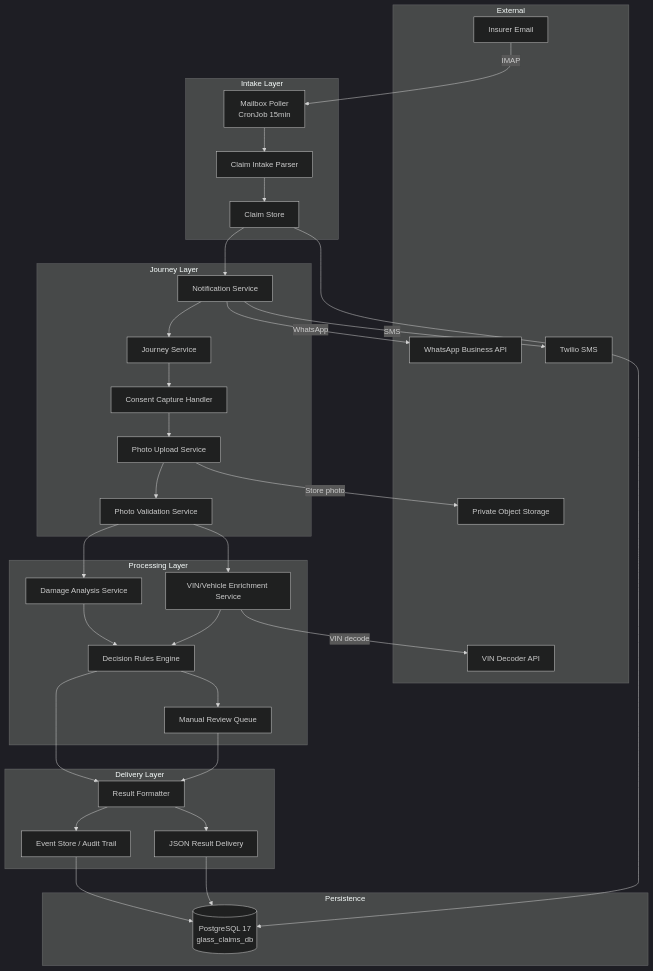
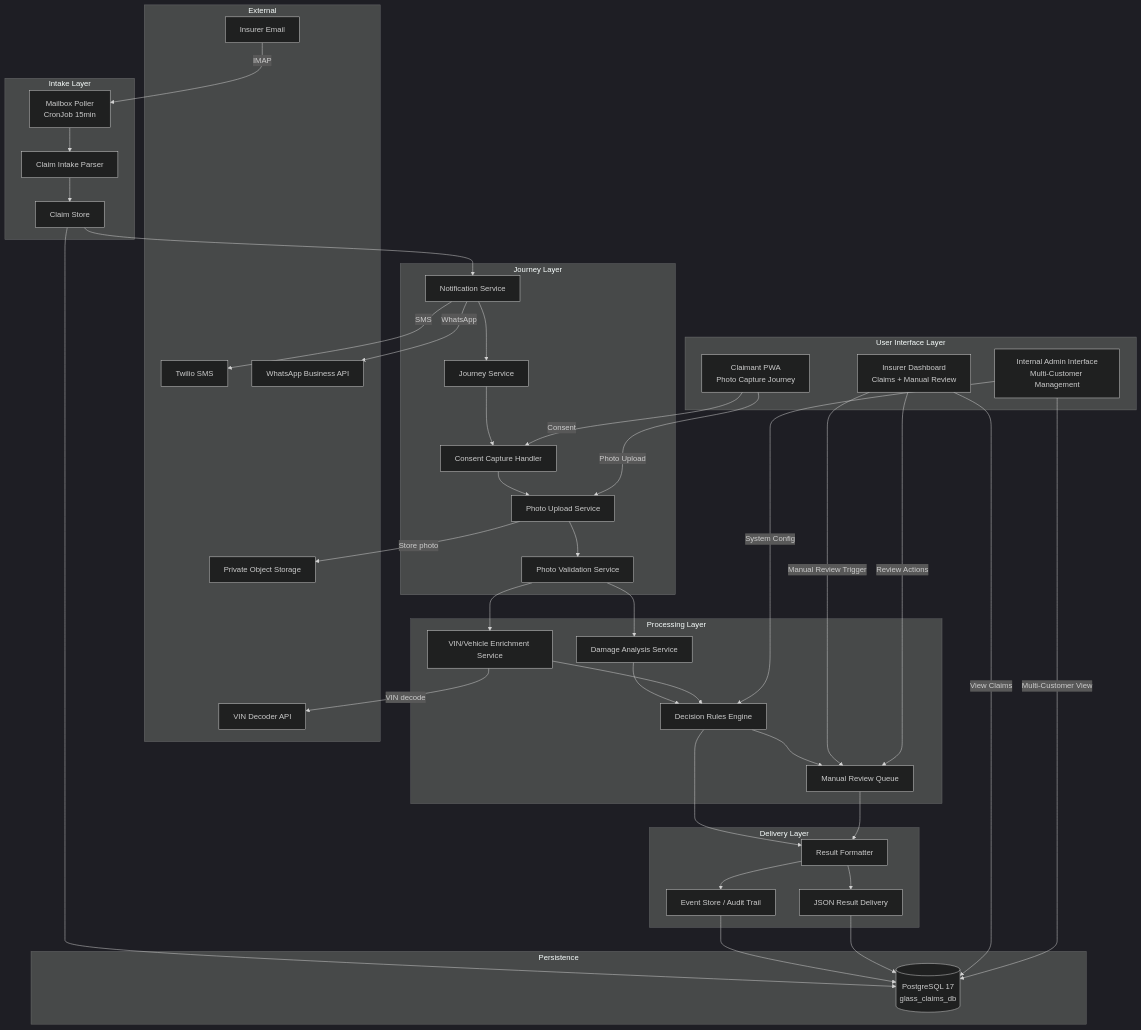
The first of 3 diagrams in .kiro/specs/glass-claim-assessment/design.md (filumch-rgb/Glass-Project), drawn with Mermaid (dark theme) before and after one commit. The commit also changed other lines of this file and 3 other files, not shown here.

````diff
--- a/.kiro/specs/glass-claim-assessment/design.md
+++ b/.kiro/specs/glass-claim-assessment/design.md
@@ -29,66 +29,81 @@
 ```mermaid
 graph TB
     subgraph "External"
         InsurerEmail[Insurer Email]
         TwilioSMS[Twilio SMS]
         WhatsAppAPI[WhatsApp Business API]
         VINDecoder[VIN Decoder API]
         ObjectStore[Private Object Storage]
+    end
+
+    subgraph "User Interface Layer"
+        InsurerDashboard[Insurer Dashboard\nClaims + Manual Review]
+        AdminInterface[Internal Admin Interface\nMulti-Customer Management]
+        ClaimantPWA[Claimant PWA\nPhoto Capture Journey]
     end
 
     subgraph "Intake Layer"
         MailboxPoller[Mailbox Poller\nCronJob 15min]
         ClaimIntakeParser[Claim Intake Parser]
         ClaimStore[Claim Store]
     end
 
     subgraph "Journey Layer"
         NotificationService[Notification Service]
         JourneyService[Journey Service]
         ConsentHandler[Consent Capture Handler]
         PhotoUploadService[Photo Upload Service]
         PhotoValidationService[Photo Validation Service]
     end
 
     subgraph "Processing Layer"
         VINEnrichment[VIN/Vehicle Enrichment Service]
         DamageAnalysis[Damage Analysis Service]
         DecisionRules[Decision Rules Engine]
         ManualReviewQueue[Manual Review Queue]
     end
 
     subgraph "Delivery Layer"
         ResultFormatter[Result Formatter]
         JSONDelivery[JSON Result Delivery]
         EventStore[Event Store / Audit Trail]
     end
 
     subgraph "Persistence"
         PostgreSQL[(PostgreSQL 17\nglass_claims_db)]
     end
 
     InsurerEmail -->|IMAP| MailboxPoller
     MailboxPoller --> ClaimIntakeParser
     ClaimIntakeParser --> ClaimStore
     ClaimStore --> PostgreSQL
     ClaimStore --> NotificationService
     NotificationService -->|SMS| TwilioSMS
     NotificationService -->|WhatsApp| WhatsAppAPI
     NotificationService --> JourneyService
     JourneyService --> ConsentHandler
     ConsentHandler --> PhotoUploadService
     PhotoUploadService -->|Store photo| ObjectStore
     PhotoUploadService --> PhotoValidationService
     PhotoValidationService --> VINEnrichment
     PhotoValidationService --> DamageAnalysis
     VINEnrichment -->|VIN decode| VINDecoder
     DamageAnalysis --> DecisionRules
     VINEnrichment --> DecisionRules
     DecisionRules --> ManualReviewQueue
     DecisionRules --> ResultFormatter
     ManualReviewQueue --> ResultFormatter
     ResultFormatter --> JSONDelivery
     ResultFormatter --> EventStore
     EventStore --> PostgreSQL
     JSONDelivery --> PostgreSQL
+    
+    %% UI Connections
+    InsurerDashboard -->|View Claims| PostgreSQL
+    InsurerDashboard -->|Manual Review Trigger| ManualReviewQueue
+    InsurerDashboard -->|Review Actions| ManualReviewQueue
+    AdminInterface -->|Multi-Customer View| PostgreSQL
+    AdminInterface -->|System Config| DecisionRules
+    ClaimantPWA -->|Photo Upload| PhotoUploadService
+    ClaimantPWA -->|Consent| ConsentHandler
 ```
````
